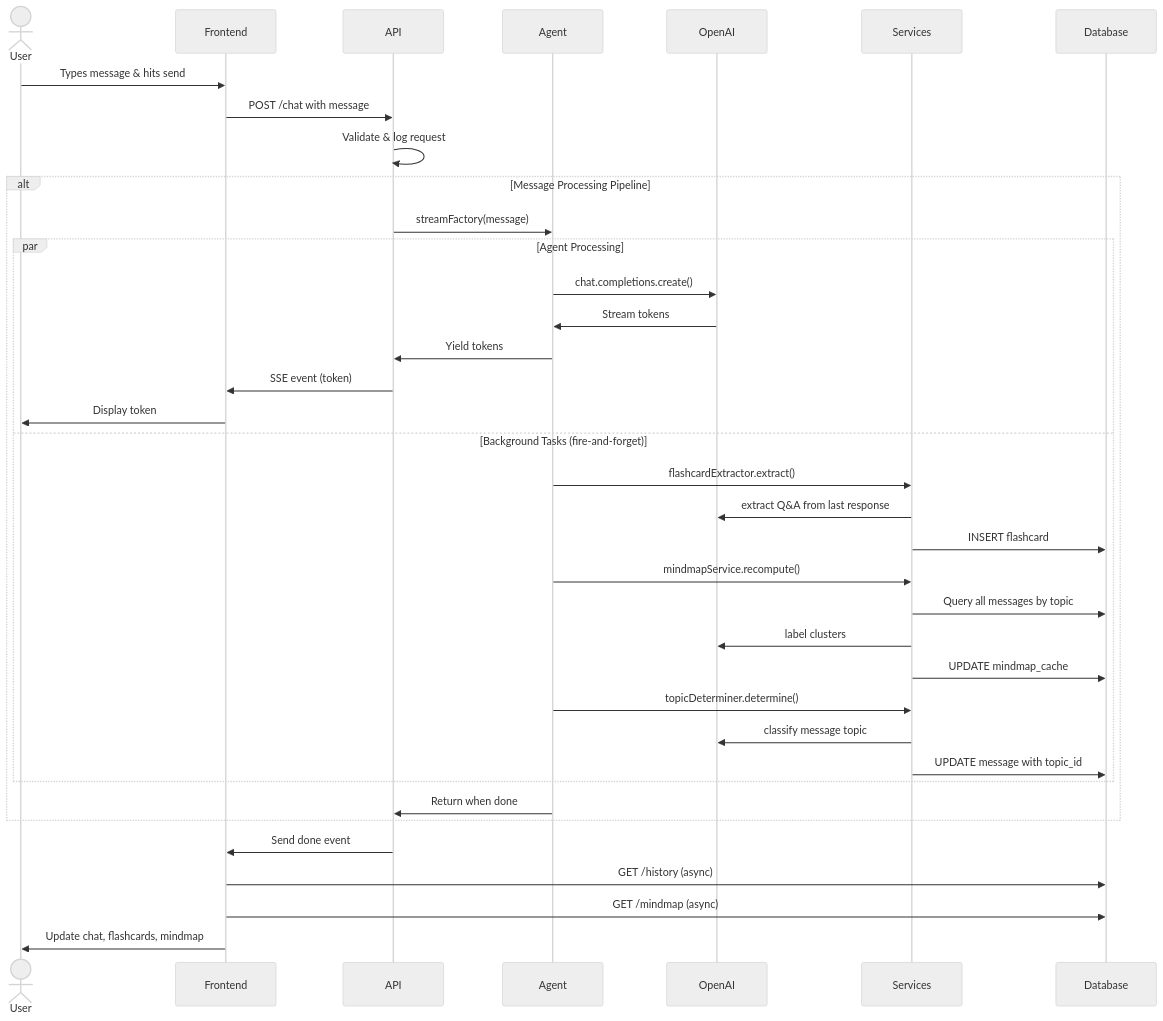
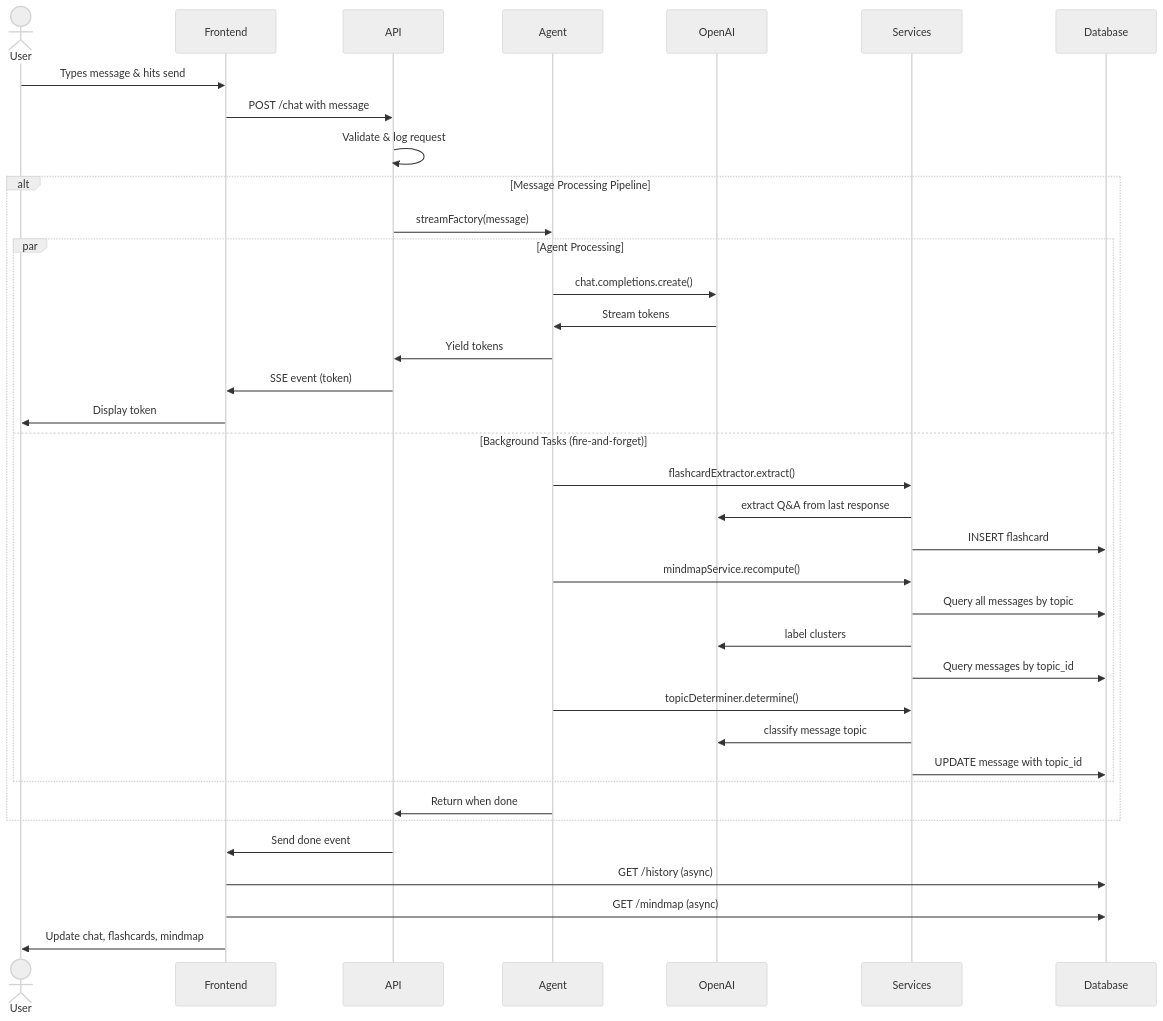
The second of 9 diagrams in ARCHITECTURE.md (njsfield/multi-agent-system), drawn with Mermaid (neutral theme) before and after one commit. The commit also changed other lines of this file and 1 other file, not shown here.

First line of the commit message:
docs: update to reflect mindmap runtime generation (no caching)

````diff
--- a/ARCHITECTURE.md
+++ b/ARCHITECTURE.md
@@ -62,46 +62,46 @@
 ```mermaid
 sequenceDiagram
     actor User
     participant Frontend
     participant API
     participant Agent
     participant OpenAI
     participant Services
     participant Database
 
     User->>Frontend: Types message & hits send
     Frontend->>API: POST /chat with message
     API->>API: Validate & log request
     
     alt Message Processing Pipeline
         API->>Agent: streamFactory(message)
         
         par Agent Processing
             Agent->>OpenAI: chat.completions.create()
             OpenAI->>Agent: Stream tokens
             Agent->>API: Yield tokens
             API->>Frontend: SSE event (token)
             Frontend->>User: Display token
         and Background Tasks (fire-and-forget)
             Agent->>Services: flashcardExtractor.extract()
             Services->>OpenAI: extract Q&A from last response
             Services->>Database: INSERT flashcard
             
             Agent->>Services: mindmapService.recompute()
             Services->>Database: Query all messages by topic
             Services->>OpenAI: label clusters
-            Services->>Database: UPDATE mindmap_cache
+            Services->>Database: Query messages by topic_id
             
             Agent->>Services: topicDeterminer.determine()
             Services->>OpenAI: classify message topic
             Services->>Database: UPDATE message with topic_id
         end
         
         Agent->>API: Return when done
     end
     
     API->>Frontend: Send done event
     Frontend->>Database: GET /history (async)
     Frontend->>Database: GET /mindmap (async)
     Frontend->>User: Update chat, flashcards, mindmap
 ```
````
